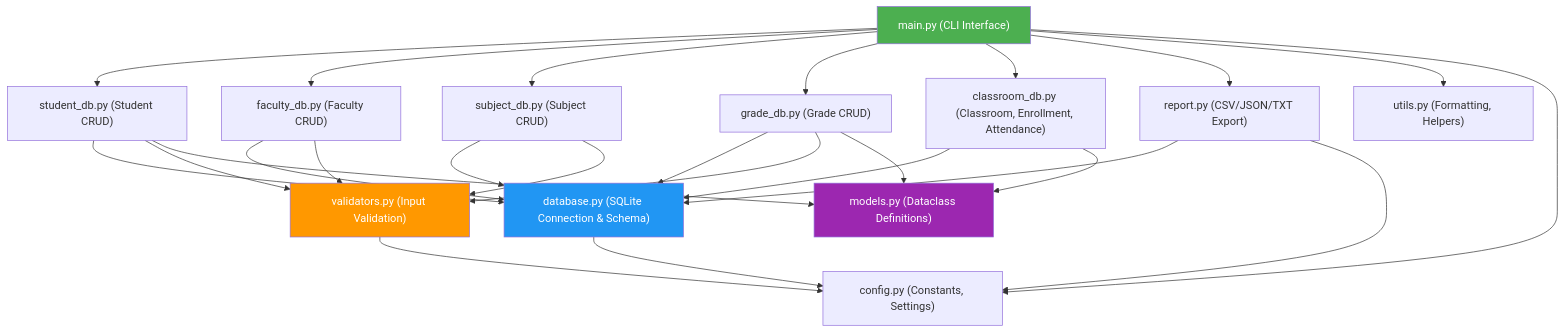
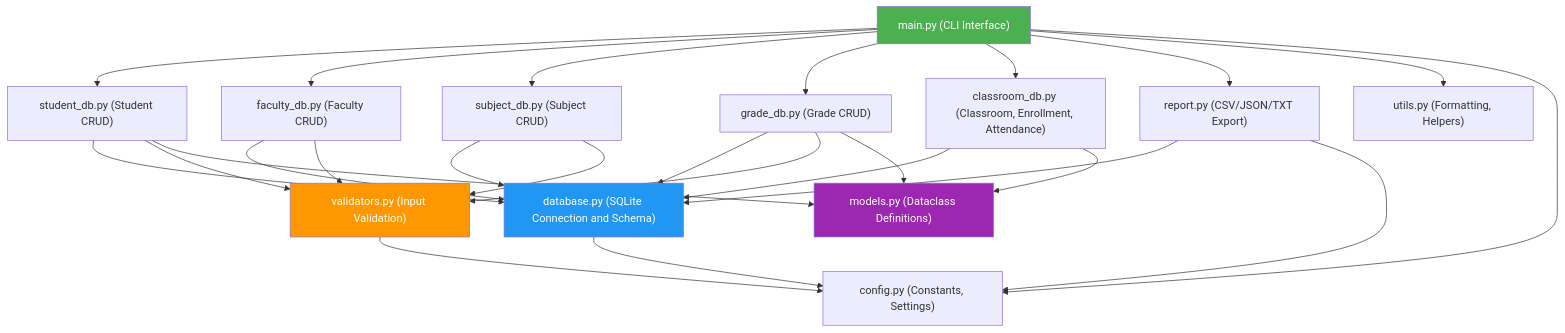
One commit to VietHungPham17/Cac_cong_cu_trong_AI_lab2 changed the diagram in sodo.md. Above: the diagram before and after it, drawn with Mermaid.

Commit message:
fix: remove ampersand from mermaid diagram to fix rendering

````diff
--- a/sodo.md
+++ b/sodo.md
@@ -4,37 +4,37 @@
 ```mermaid
 graph TD
     A["main.py (CLI Interface)"] --> B["student_db.py (Student CRUD)"]
     A --> C["faculty_db.py (Faculty CRUD)"]
     A --> D["subject_db.py (Subject CRUD)"]
     A --> E["grade_db.py (Grade CRUD)"]
     A --> F["classroom_db.py (Classroom, Enrollment, Attendance)"]
     A --> G["report.py (CSV/JSON/TXT Export)"]
     
-    B --> H["database.py (SQLite Connection & Schema)"]
+    B --> H["database.py (SQLite Connection and Schema)"]
     C --> H
     D --> H
     E --> H
     F --> H
     G --> H
     
     B --> I["validators.py (Input Validation)"]
     C --> I
     D --> I
     E --> I
     
     B --> J["models.py (Dataclass Definitions)"]
     E --> J
     F --> J
     
     A --> K["utils.py (Formatting, Helpers)"]
     A --> L["config.py (Constants, Settings)"]
     
     H --> L
     I --> L
     G --> L
 
     style A fill:#4CAF50,color:#fff
     style H fill:#2196F3,color:#fff
     style I fill:#FF9800,color:#fff
     style J fill:#9C27B0,color:#fff
 ```
````
